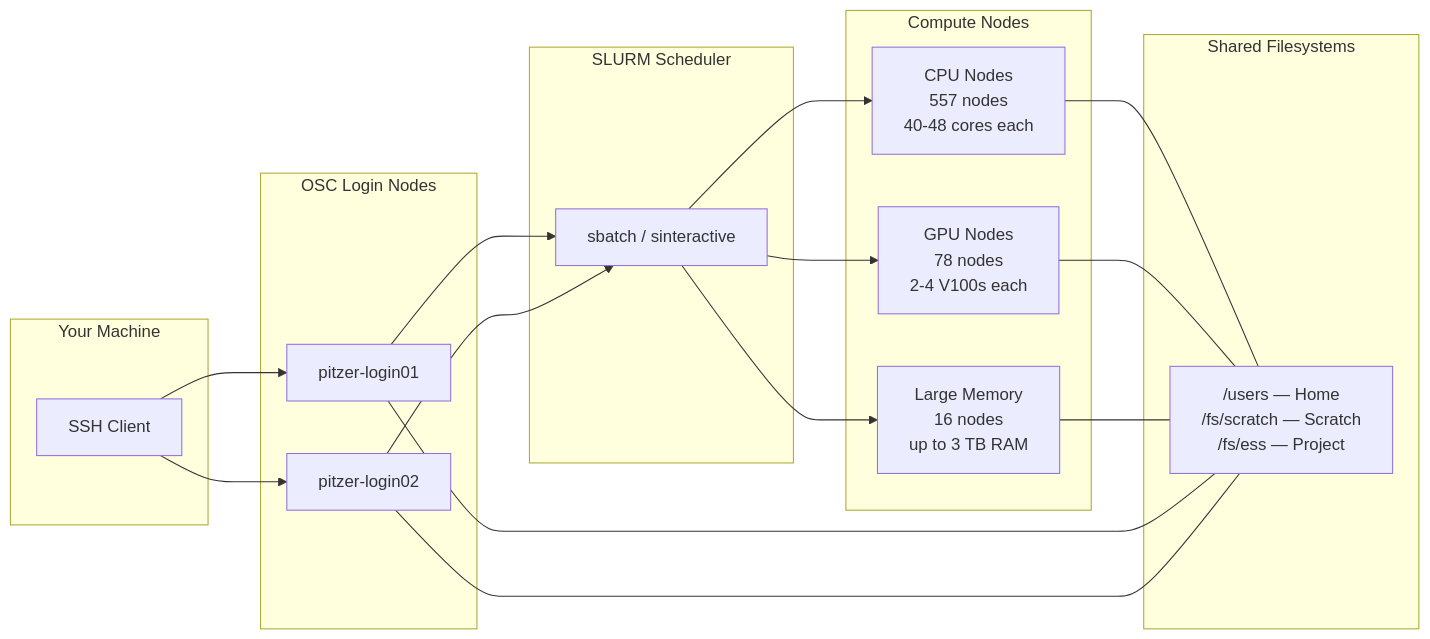
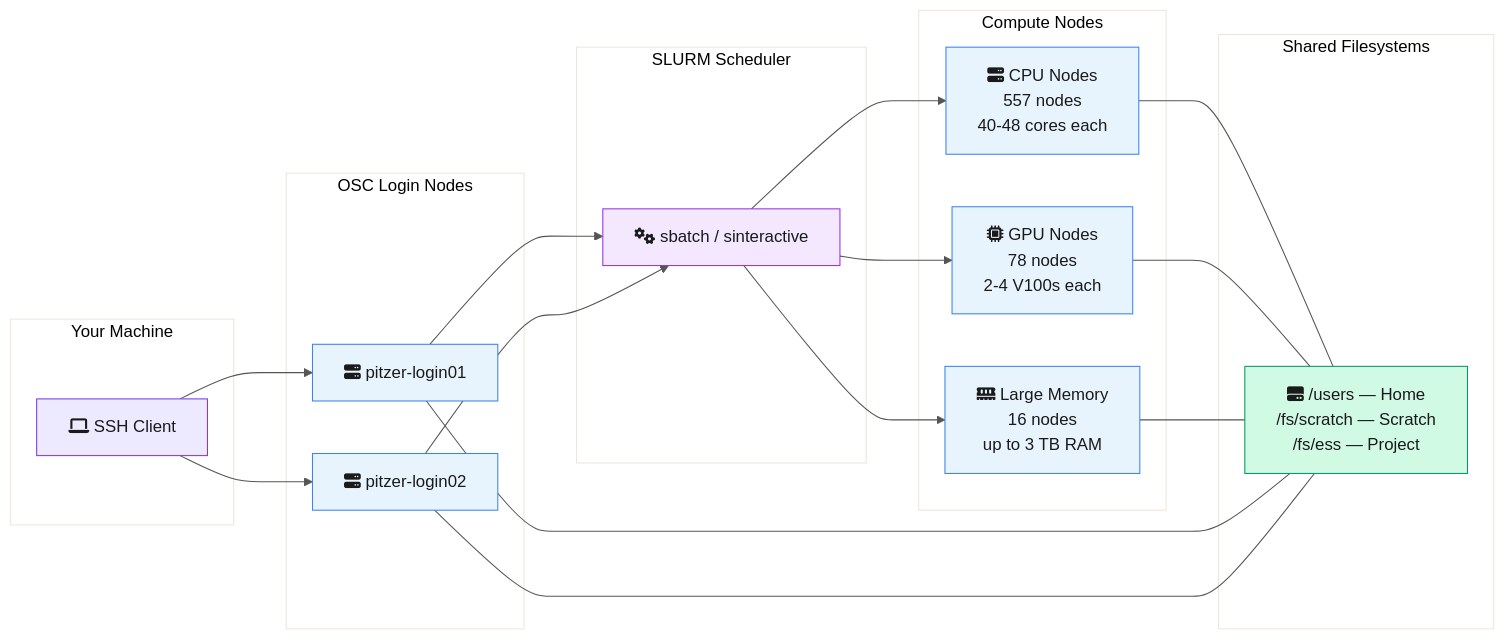
One commit to OSU-CAR-MSL/lab-setup-guide changed the first of 3 diagrams in docs/osc-basics/osc-clusters-overview.md. Above: the diagram before and after it, drawn with Mermaid. The commit also changed other lines of this file and 13 other files, not shown here.

First line of the commit message:
Enhance all 22 Mermaid diagrams with semantic shapes, icons, and color coding

````diff
--- a/docs/osc-basics/osc-clusters-overview.md
+++ b/docs/osc-basics/osc-clusters-overview.md
@@ -37,27 +37,33 @@
 ```mermaid
+%%{init: {'theme': 'base', 'themeVariables': {'primaryColor': '#e8f4fd', 'primaryTextColor': '#1a1a1a', 'lineColor': '#555'}}}%%
 flowchart LR
     subgraph Your Machine
-        A[SSH Client]
+        A["fa:fa-laptop SSH Client"]:::external
     end
     subgraph OSC Login Nodes
-        B[pitzer-login01]
-        C[pitzer-login02]
+        B["fa:fa-server pitzer-login01"]:::process
+        C["fa:fa-server pitzer-login02"]:::process
     end
     subgraph SLURM Scheduler
-        D[sbatch / sinteractive]
+        D["fa:fa-cogs sbatch / sinteractive"]:::infra
     end
     subgraph Compute Nodes
-        E[CPU Nodes\n557 nodes\n40-48 cores each]
-        F[GPU Nodes\n78 nodes\n2-4 V100s each]
-        G[Large Memory\n16 nodes\nup to 3 TB RAM]
+        E["fa:fa-server CPU Nodes\n557 nodes\n40-48 cores each"]:::process
+        F["fa:fa-microchip GPU Nodes\n78 nodes\n2-4 V100s each"]:::process
+        G["fa:fa-memory Large Memory\n16 nodes\nup to 3 TB RAM"]:::process
     end
     subgraph Shared Filesystems
-        H["/users — Home\n/fs/scratch — Scratch\n/fs/ess — Project"]
+        H["fa:fa-hard-drive /users — Home\n/fs/scratch — Scratch\n/fs/ess — Project"]:::data
     end
 
     A --> B & C
     B & C --> D
     D --> E & F & G
     E & F & G --- H
     B & C --- H
+
+    classDef process fill:#e8f4fd,stroke:#3b82f6
+    classDef external fill:#ede9fe,stroke:#7c3aed
+    classDef infra fill:#f3e8ff,stroke:#9333ea
+    classDef data fill:#d1fae5,stroke:#059669
 ```
````
